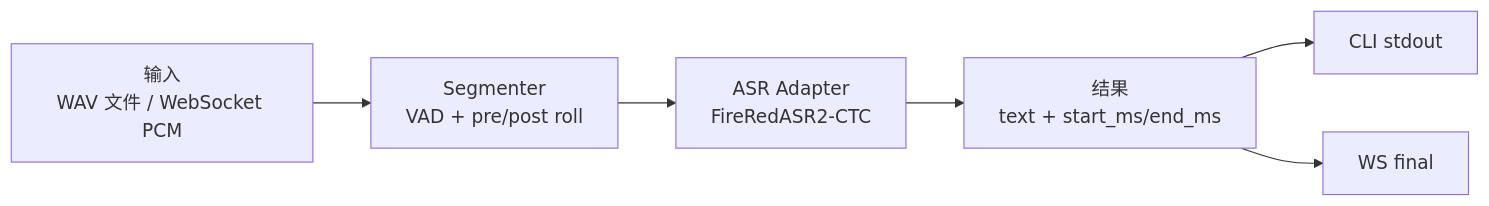
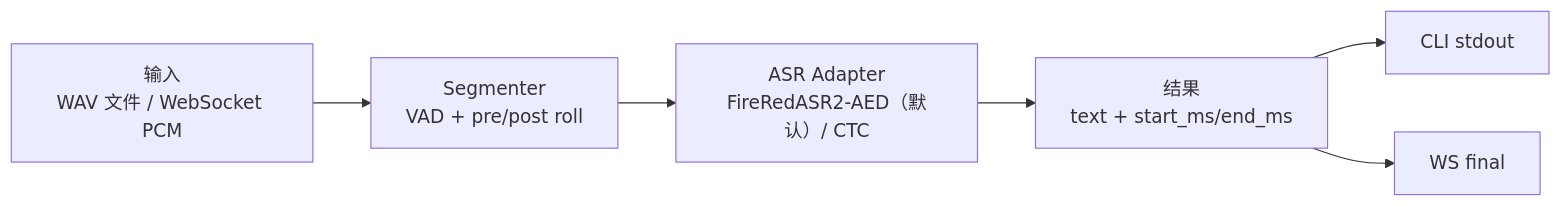
The first of 2 diagrams in docs/POC.md (wonglaitung/FireRedASR2S), drawn with Mermaid before and after one commit. The commit also changed other lines of this file and 20 other files, not shown here.

````diff
--- a/docs/POC.md
+++ b/docs/POC.md
@@ -70,8 +72,8 @@
 ```mermaid
 flowchart LR
     IN["输入<br/>WAV 文件 / WebSocket PCM"] --> SEG["Segmenter<br/>VAD + pre/post roll"]
-    SEG --> ASR["ASR Adapter<br/>FireRedASR2-CTC"]
+    SEG --> ASR["ASR Adapter<br/>FireRedASR2-AED（默认）/ CTC"]
     ASR --> OUT["结果<br/>text + start_ms/end_ms"]
     OUT --> CLI["CLI stdout"]
     OUT --> WS["WS final"]
 ```
````
